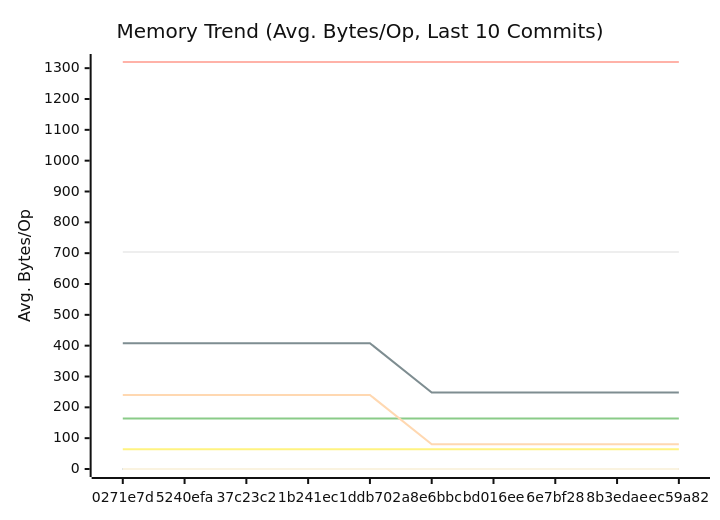
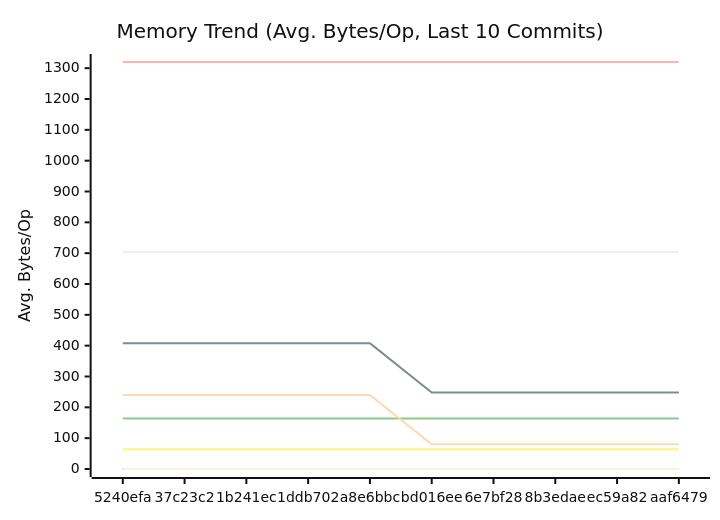
Before and after one commit to alsotoes/momo: the second of 3 diagrams in docs/PERFORMANCE.md, drawn with Mermaid (neutral theme). The commit also changed other lines of this file and 4 other files, not shown here.

````diff
--- a/docs/PERFORMANCE.md
+++ b/docs/PERFORMANCE.md
@@ -152,18 +152,18 @@
 ```mermaid
 xychart-beta
     title "Memory Trend (Avg. Bytes/Op, Last 10 Commits)"
     x-axis "Commit"
     y-axis "Avg. Bytes/Op"
-    x-axis [0271e7d,5240efa,37c23c2,1b241ec,1ddb702,a8e6bbc,bd016ee,6e7bf28,8b3edae,ec59a82]
+    x-axis [5240efa,37c23c2,1b241ec,1ddb702,a8e6bbc,bd016ee,6e7bf28,8b3edae,ec59a82,aaf6479]
     line "CheckMetricsAndSwap" [0,0,0,0,0,0,0,0,0,0]
     line "CrushOptimized" [0,0,0,0,0,0,0,0,0,0]
     line "CrushOriginal" [164,164,164,164,164,164,164,164,164,164]
     line "IndexDirectTracking" [0,0,0,0,0,0,0,0,0,0]
     line "IndexSearch" [0,0,0,0,0,0,0,0,0,0]
     line "LoadGlobalConfig" [1320,1320,1320,1320,1320,1320,1320,1320,1320,1320]
     line "PadString" [64,64,64,64,64,64,64,64,64,64]
     line "ParseReplicationOrder_NoPrealloc" [408,408,408,408,408,248,248,248,248,248]
     line "ParseReplicationOrder_Prealloc" [240,240,240,240,240,80,80,80,80,80]
     line "SanitizeLog/Safe" [0,0,0,0,0,0,0,0,0,0]
     line "SanitizeLog/Unsafe" [704,704,704,704,704,704,704,704,704,704]
 ```
````
